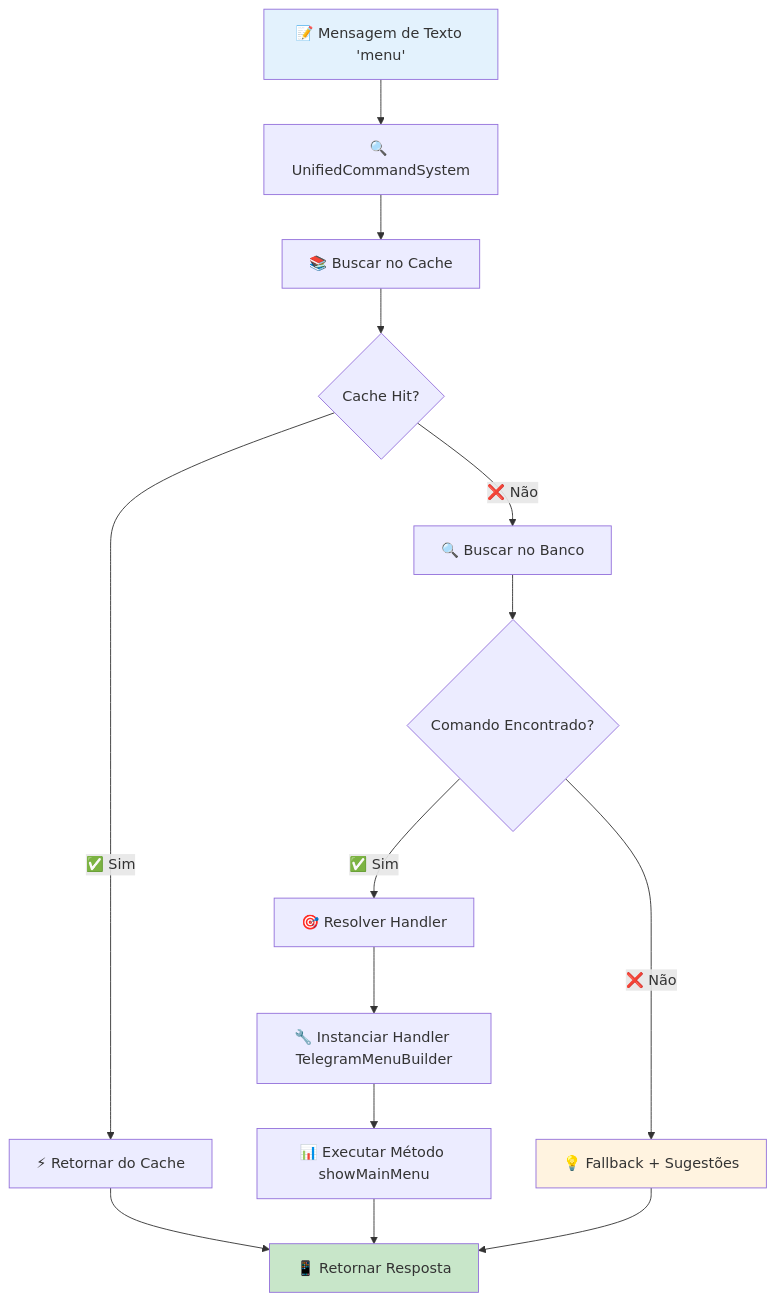
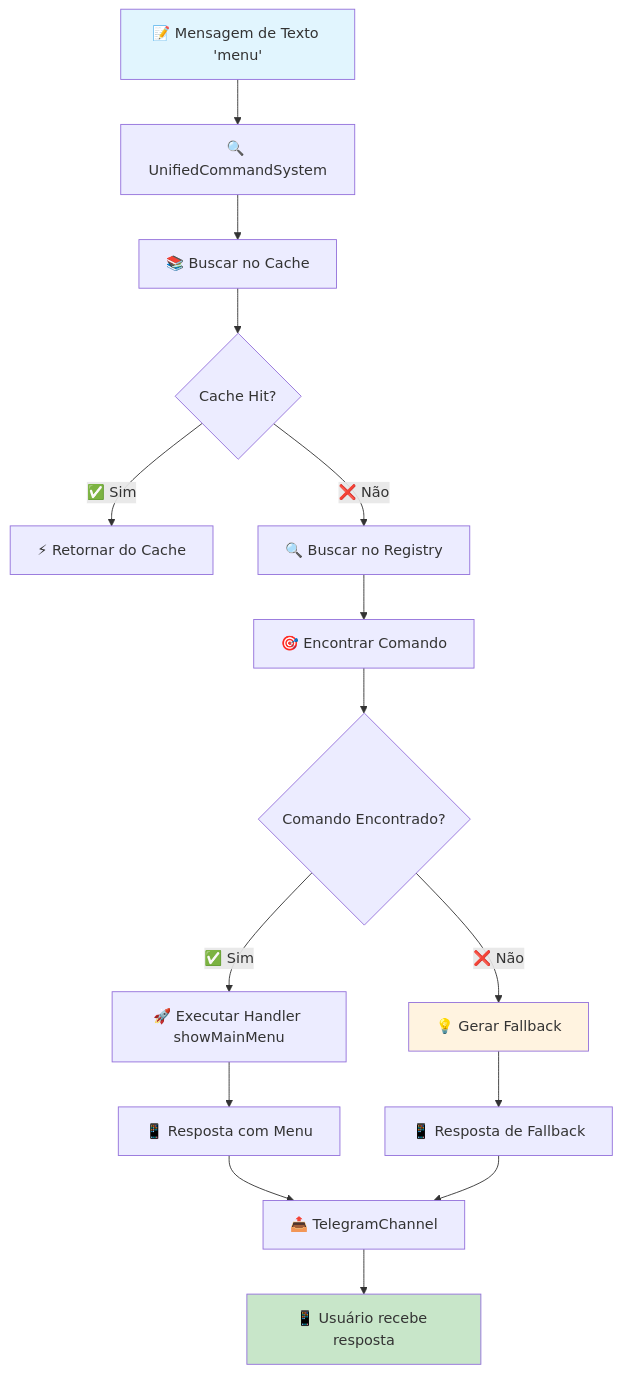
One commit to spsise/rei-do-oleo changed the second of 10 diagrams in backend/docs/TELEGRAM_FLOW_DIAGRAM.md. Above: the diagram before and after it, drawn with Mermaid. The commit also changed other lines of this file and 4 other files, not shown here.

Commit message:
🐘 Backend ✨ feat: Adiciona comando de console para testar o tratamento de erros do Telegram, permitindo simular diferentes tipos de erros e enviar mensagens amigáveis aos usuários, melhorando a robustez e a experiência do usuário no bot Telegram.

````diff
--- a/backend/docs/TELEGRAM_FLOW_DIAGRAM.md
+++ b/backend/docs/TELEGRAM_FLOW_DIAGRAM.md
@@ -68,24 +69,27 @@
 ```mermaid
 flowchart TD
     A[📝 Mensagem de Texto 'menu'] --> B[🔍 UnifiedCommandSystem]
     B --> C[📚 Buscar no Cache]
 
     C --> D{Cache Hit?}
     D -->|✅ Sim| E[⚡ Retornar do Cache]
-    D -->|❌ Não| F[🔍 Buscar no Banco]
+    D -->|❌ Não| F[🔍 Buscar no Registry]
 
-    F --> G{Comando Encontrado?}
-    G -->|✅ Sim| H[🎯 Resolver Handler]
-    G -->|❌ Não| I[💡 Fallback + Sugestões]
+    F --> G[🎯 Encontrar Comando]
+    G --> H{Comando Encontrado?}
 
-    H --> J[🔧 Instanciar Handler TelegramMenuBuilder]
-    J --> K[📊 Executar Método showMainMenu]
-    K --> L[📱 Retornar Resposta]
+    H -->|✅ Sim| I[🚀 Executar Handler showMainMenu]
+    H -->|❌ Não| J[💡 Gerar Fallback]
 
-    E --> L
-    I --> L
+    I --> K[📱 Resposta com Menu]
+    J --> L[📱 Resposta de Fallback]
 
-    style A fill:#e3f2fd
-    style L fill:#c8e6c9
-    style I fill:#fff3e0
+    K --> M[📤 TelegramChannel]
+    L --> M
+
+    M --> N[📱 Usuário recebe resposta]
+
+    style A fill:#e1f5fe
+    style N fill:#c8e6c9
+    style J fill:#fff3e0
 ```
````
